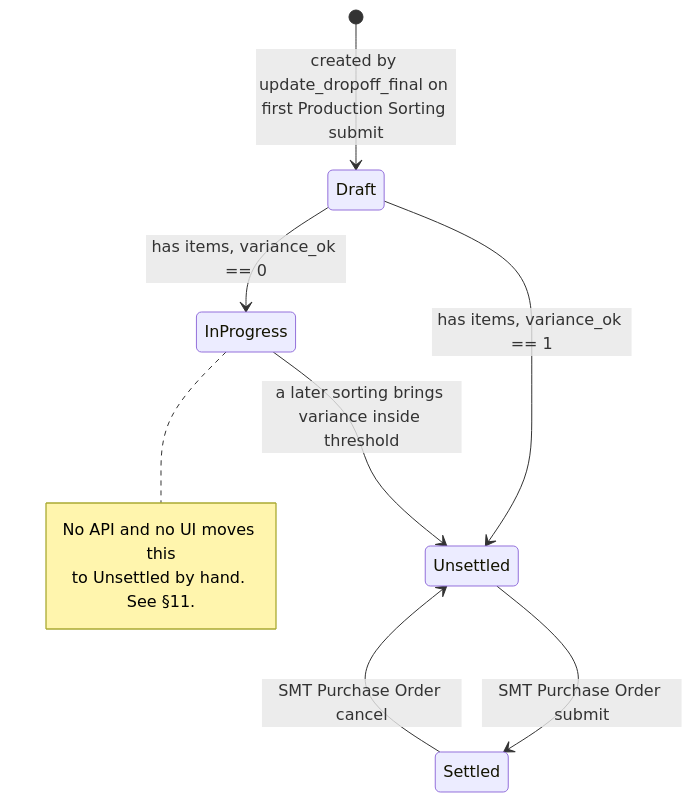
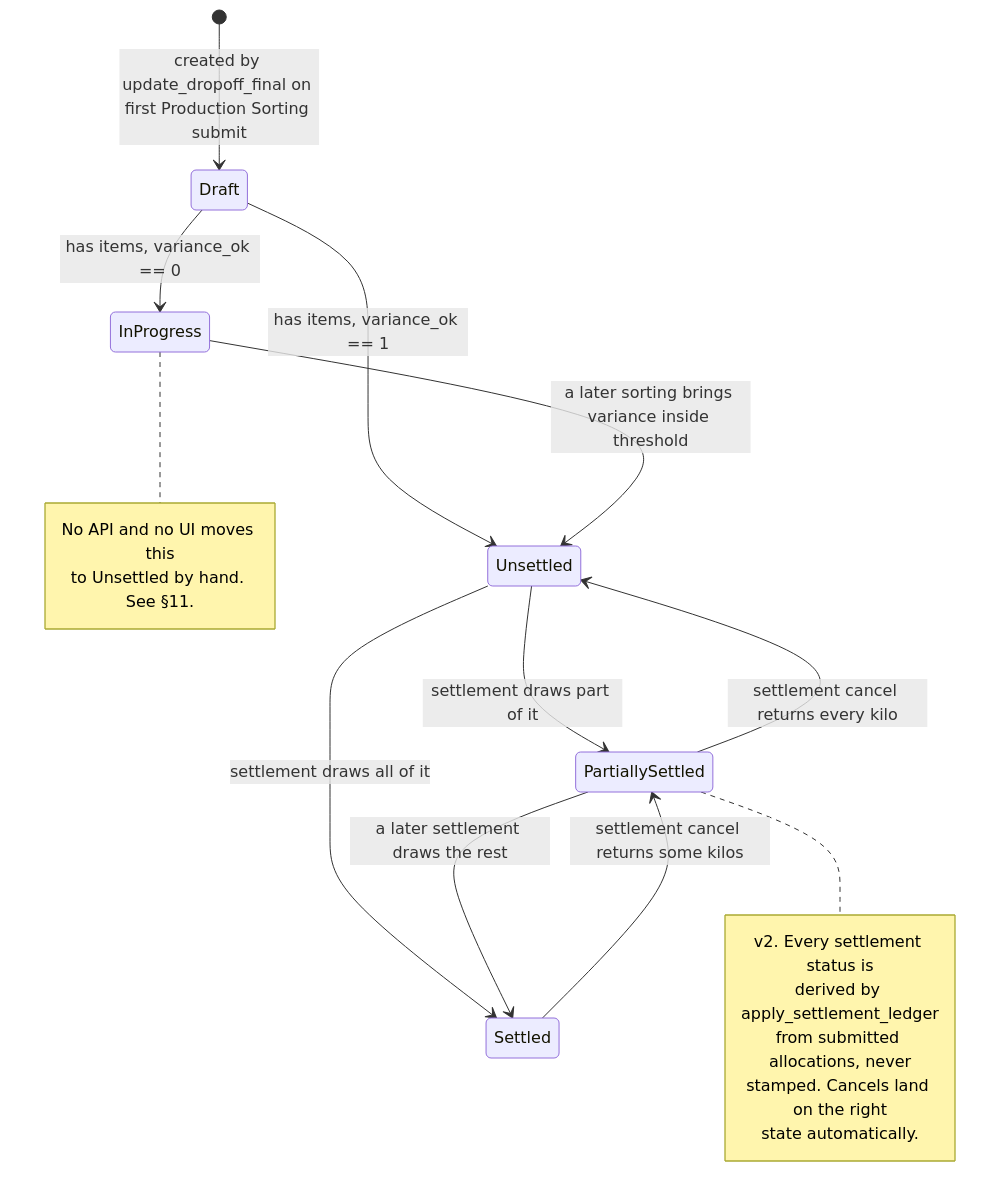
One commit to BBbrighton/scrap_metal_suite changed the fourth of 4 diagrams in docs/guide/admin/30-settlement.md. Above: the diagram before and after it, drawn with Mermaid. The commit also changed other lines of this file and 2 other files, not shown here.

````diff
--- a/docs/guide/admin/30-settlement.md
+++ b/docs/guide/admin/30-settlement.md
@@ -163,13 +163,23 @@
 ```mermaid
 stateDiagram-v2
     [*] --> Draft: created by update_dropoff_final on first Production Sorting submit
     Draft --> InProgress: has items, variance_ok == 0
     Draft --> Unsettled: has items, variance_ok == 1
     InProgress --> Unsettled: a later sorting brings variance inside threshold
-    Unsettled --> Settled: SMT Purchase Order submit
-    Settled --> Unsettled: SMT Purchase Order cancel
+    Unsettled --> PartiallySettled: settlement draws part of it
+    Unsettled --> Settled: settlement draws all of it
+    PartiallySettled --> Settled: a later settlement draws the rest
+    PartiallySettled --> Unsettled: settlement cancel returns every kilo
+    Settled --> PartiallySettled: settlement cancel returns some kilos
     note right of InProgress
       No API and no UI moves this
       to Unsettled by hand. See §11.
     end note
+    note right of PartiallySettled
+      v2. Every settlement status is
+      derived by apply_settlement_ledger
+      from submitted allocations, never
+      stamped. Cancels land on the right
+      state automatically.
+    end note
 ```
````
